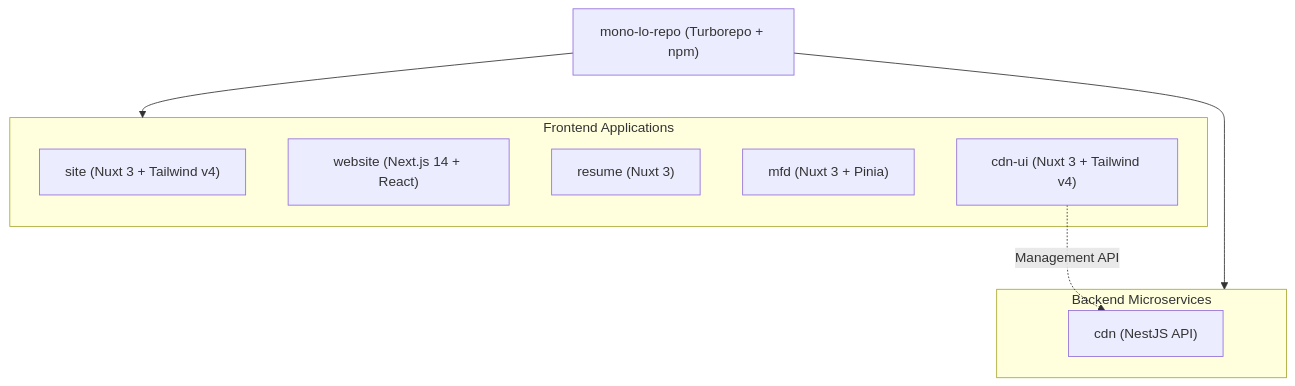
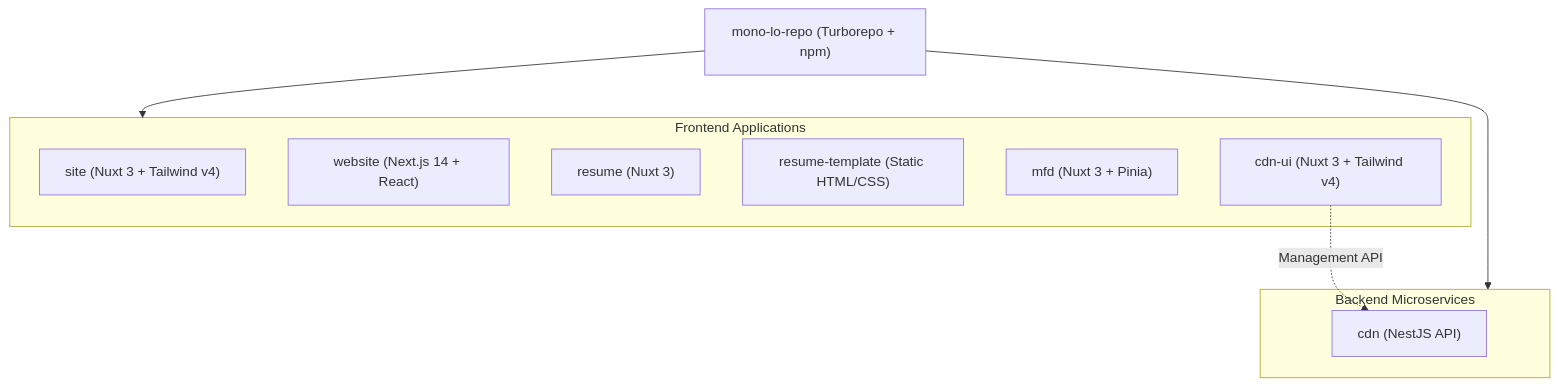
Before and after one commit to smonolo/mono-lo-repo: the diagram in README.md, drawn with Mermaid. The commit also changed other lines of this file, not shown here.

Commit message:
chore: add resume-template to readme

````diff
--- a/README.md
+++ b/README.md
@@ -32,20 +33,21 @@
 ```mermaid
 graph TD
     Root["mono-lo-repo (Turborepo + npm)"]
 
     subgraph Frontends["Frontend Applications"]
         SITE["site (Nuxt 3 + Tailwind v4)"]
         WEBSITE["website (Next.js 14 + React)"]
         RESUME["resume (Nuxt 3)"]
+        RESUME_TEMP["resume-template (Static HTML/CSS)"]
         MFD["mfd (Nuxt 3 + Pinia)"]
         CDN_UI["cdn-ui (Nuxt 3 + Tailwind v4)"]
     end
 
     subgraph Backends["Backend Microservices"]
         CDN["cdn (NestJS API)"]
     end
 
     Root --> Frontends
     Root --> Backends
     CDN_UI -. Management API .-> CDN
 ```
````
